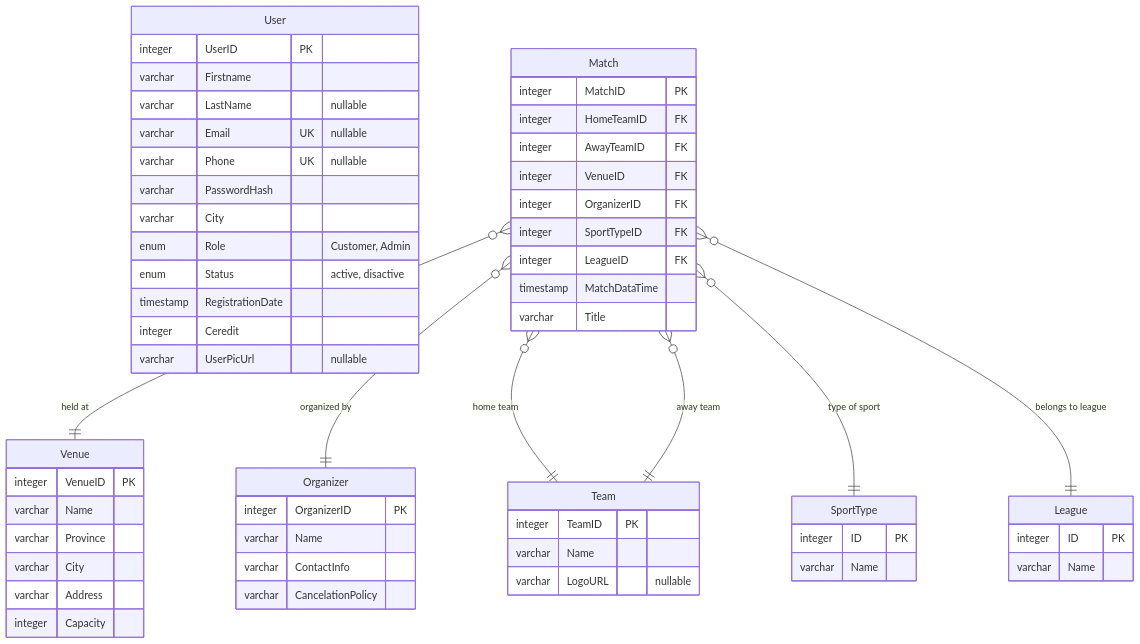
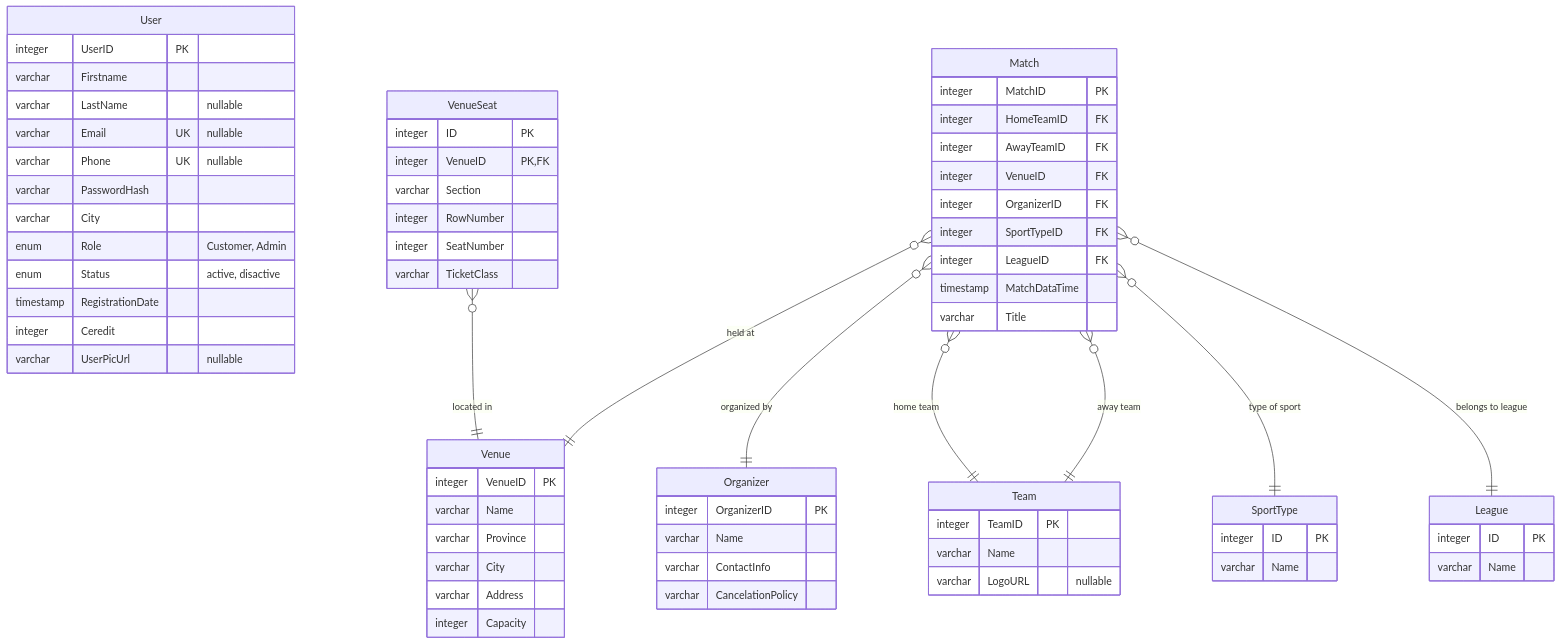
Before and after one commit to smhhd/BookTheGame: the diagram in sql.mmd, drawn with Mermaid.

Commit message:
Adding the VenueSeat table along with its relationships

```diff
--- a/sql.mmd
+++ b/sql.mmd
@@ -1,61 +1,71 @@
 erDiagram
     User {
         integer UserID PK
         varchar Firstname
         varchar LastName "nullable"
         varchar Email UK "nullable"
         varchar Phone UK "nullable"
         varchar PasswordHash
         varchar City
         enum Role "Customer, Admin"
         enum Status "active, disactive"
         timestamp RegistrationDate
         integer Ceredit
         varchar UserPicUrl "nullable"
     }
     Match {
         integer MatchID PK
         integer HomeTeamID FK
         integer AwayTeamID FK
         integer VenueID FK
         integer OrganizerID FK
         integer SportTypeID FK
         integer LeagueID FK
         timestamp MatchDataTime
         varchar Title
     }
     Venue {
         integer VenueID PK
         varchar Name
         varchar Province
         varchar City
         varchar Address
         integer Capacity
     }
     Organizer {
         integer OrganizerID PK
         varchar Name
         varchar ContactInfo
         varchar CancelationPolicy
     }
     Team {
         integer TeamID PK
         varchar Name
         varchar LogoURL "nullable"
     }
     SportType {
         integer ID PK
         varchar Name
     }
     League {
         integer ID PK
         varchar Name
     }
+    VenueSeat {
+        integer ID PK
+        integer VenueID PK,FK
+        varchar Section
+        integer RowNumber
+        integer SeatNumber
+        varchar TicketClass
+    }
 
     %% Relationships
+    VenueSeat }o--|| Venue : "located in"
+
     Match }o--|| Venue : "held at"
     Match }o--|| Organizer : "organized by"
     Match }o--|| Team : "home team"
     Match }o--|| Team : "away team"
     Match }o--|| SportType : "type of sport"
     Match }o--|| League : "belongs to league"
```
